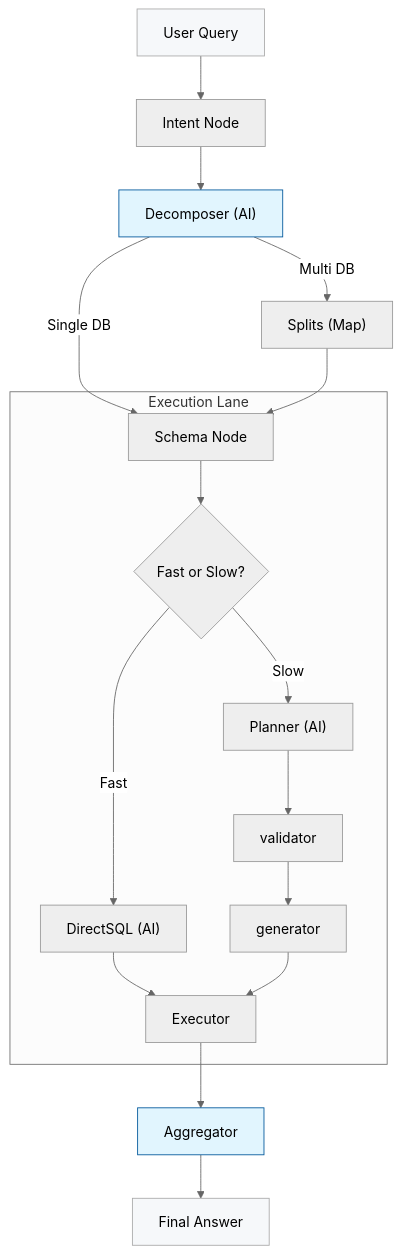
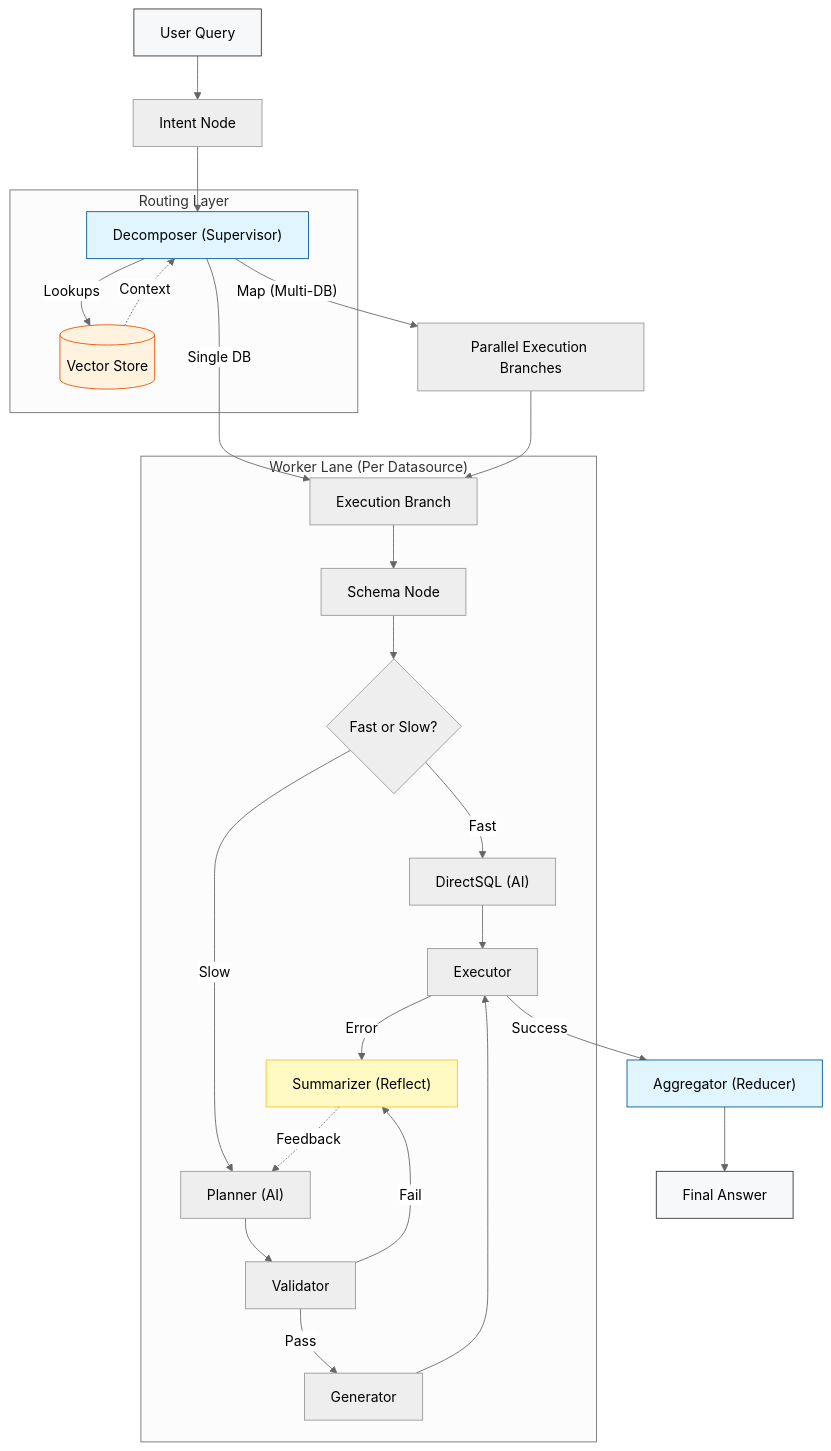
Before and after one commit to nadeem4/nl2sql: the diagram in README.md, drawn with Mermaid (neutral theme). The commit also changed other lines of this file and 3 other files, not shown here.

Commit message:
docs: Add production readiness and architecture documentation, and update reasoning trace example.

````diff
--- a/README.md
+++ b/README.md
@@ -229,28 +245,47 @@
 ```mermaid
 flowchart TD
+  %% Nodes
   user["User Query"] --> intent["Intent Node"]
-  intent --> decomposer["Decomposer (AI)"]
-  decomposer -- Single DB --> schema
-  decomposer -- Multi DB --> splits["Splits (Map)"]
+  intent --> decomposer["Decomposer (Supervisor)"]
   
-  splits --> schema
-  
-  subgraph Execution Lane
-    schema["Schema Node"] --> lane_logic{Fast or Slow?}
+  subgraph Routing Layer
+    decomposer -- Lookups --> vector_store[("Vector Store")]
+    vector_store -. Context .-> decomposer
+  end
+
+  decomposer -- Single DB --> branch["Execution Branch"]
+  decomposer -- "Map (Multi-DB)" --> parallel["Parallel Execution Branches"]
+  parallel --> branch
+
+  subgraph Worker Lane ["Worker Lane (Per Datasource)"]
+    branch --> schema["Schema Node"]
+    schema --> lane_logic{Fast or Slow?}
+    
+    %% Fast Lane
     lane_logic -- Fast --> directSQL["DirectSQL (AI)"]
+    directSQL --> executor["Executor"]
+
+    %% Slow Lane (ReAct Loop)
     lane_logic -- Slow --> planner["Planner (AI)"]
-    planner --> validator
-    validator --> generator
+    planner --> validator["Validator"]
     
-    directSQL --> executor
-    generator --> executor["Executor"]
+    validator -- "Pass" --> generator["Generator"]
+    validator -- "Fail" --> summarizer["Summarizer (Reflect)"]
+    
+    generator --> executor
+    executor -- "Error" --> summarizer
+    
+    summarizer -. "Feedback" .-> planner
   end
   
-  executor --> aggregator["Aggregator"]
+  executor -- "Success" --> aggregator["Aggregator (Reducer)"]
   aggregator --> answer["Final Answer"]
   
-  style user fill:#f6f8fa,stroke:#aaa
+  %% Styling
+  style user fill:#f6f8fa,stroke:#333
   style decomposer fill:#e1f5fe,stroke:#01579b
   style aggregator fill:#e1f5fe,stroke:#01579b
-  style answer fill:#f6f8fa,stroke:#aaa
+  style answer fill:#f6f8fa,stroke:#333
+  style vector_store fill:#fff3e0,stroke:#e65100
+  style summarizer fill:#fff9c4,stroke:#fbc02d
 ```
````
